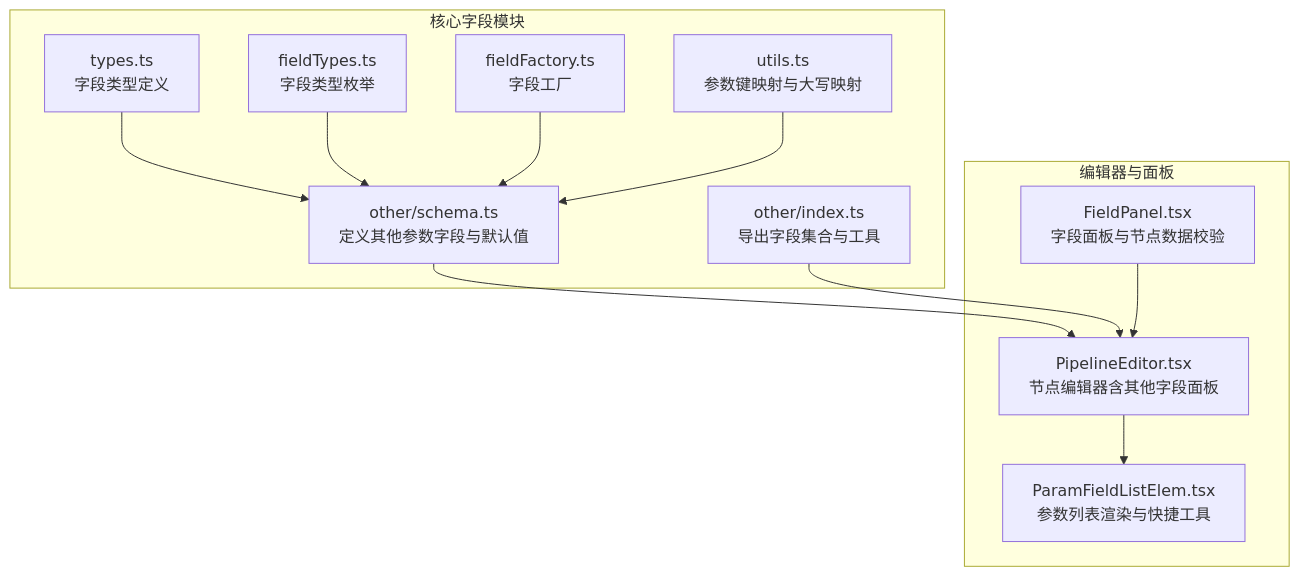
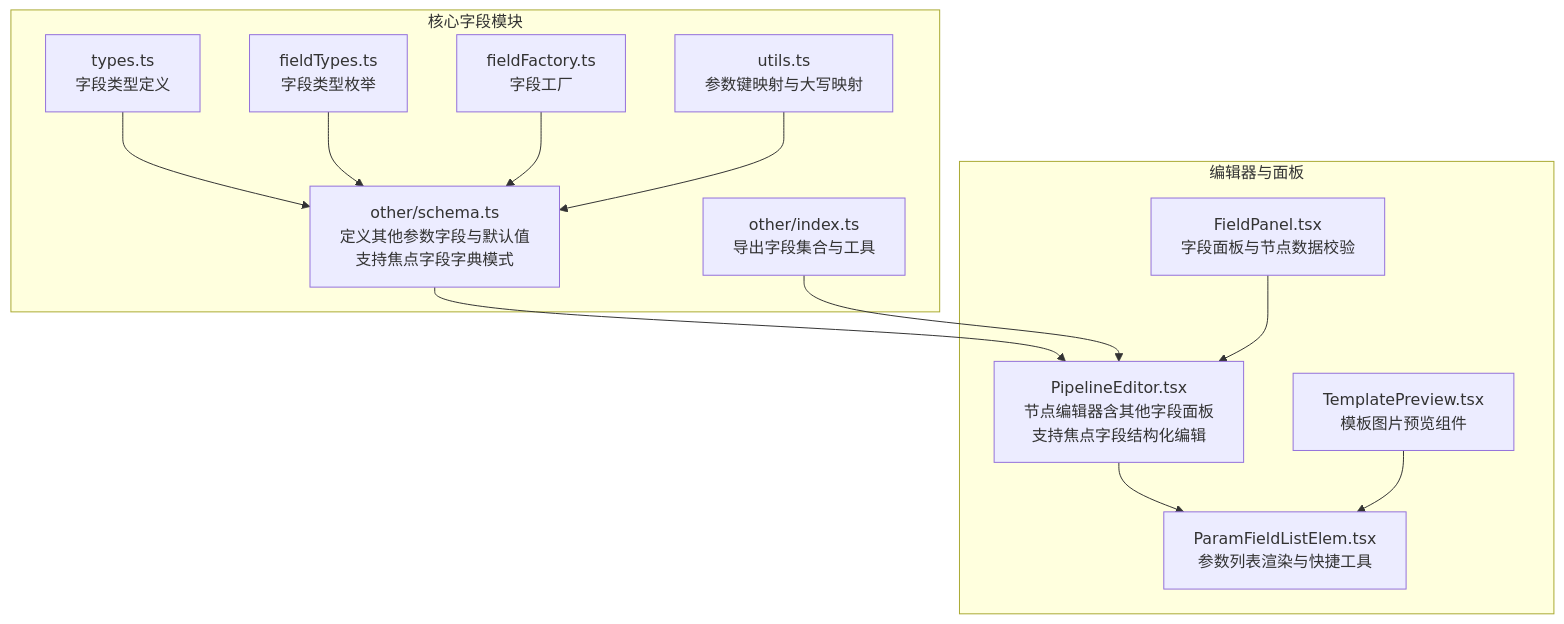
Before and after one commit to kqcoxn/MaaPipelineEditor: the first of 3 diagrams in .qoder/repowiki/zh/content/核心概念/字段配置系统/其他参数字段.md, drawn with Mermaid. The commit also changed other lines of this file and 31 other files, not shown here.

````diff
--- a/.qoder/repowiki/zh/content/核心概念/字段配置系统/其他参数字段.md
+++ b/.qoder/repowiki/zh/content/核心概念/字段配置系统/其他参数字段.md
@@ -35,24 +45,26 @@
 ```mermaid
 graph TB
 subgraph "核心字段模块"
-A["other/schema.ts<br/>定义其他参数字段与默认值"]
+A["other/schema.ts<br/>定义其他参数字段与默认值<br/>支持焦点字段字典模式"]
 B["other/index.ts<br/>导出字段集合与工具"]
 C["types.ts<br/>字段类型定义"]
 D["fieldTypes.ts<br/>字段类型枚举"]
 E["fieldFactory.ts<br/>字段工厂"]
 F["utils.ts<br/>参数键映射与大写映射"]
 end
 subgraph "编辑器与面板"
-G["PipelineEditor.tsx<br/>节点编辑器含其他字段面板"]
+G["PipelineEditor.tsx<br/>节点编辑器含其他字段面板<br/>支持焦点字段结构化编辑"]
 H["ParamFieldListElem.tsx<br/>参数列表渲染与快捷工具"]
 I["FieldPanel.tsx<br/>字段面板与节点数据校验"]
+J["TemplatePreview.tsx<br/>模板图片预览组件"]
 end
 A --> G
 B --> G
 C --> A
 D --> A
 E --> A
 F --> A
 G --> H
 I --> G
+J --> H
 ```
````
